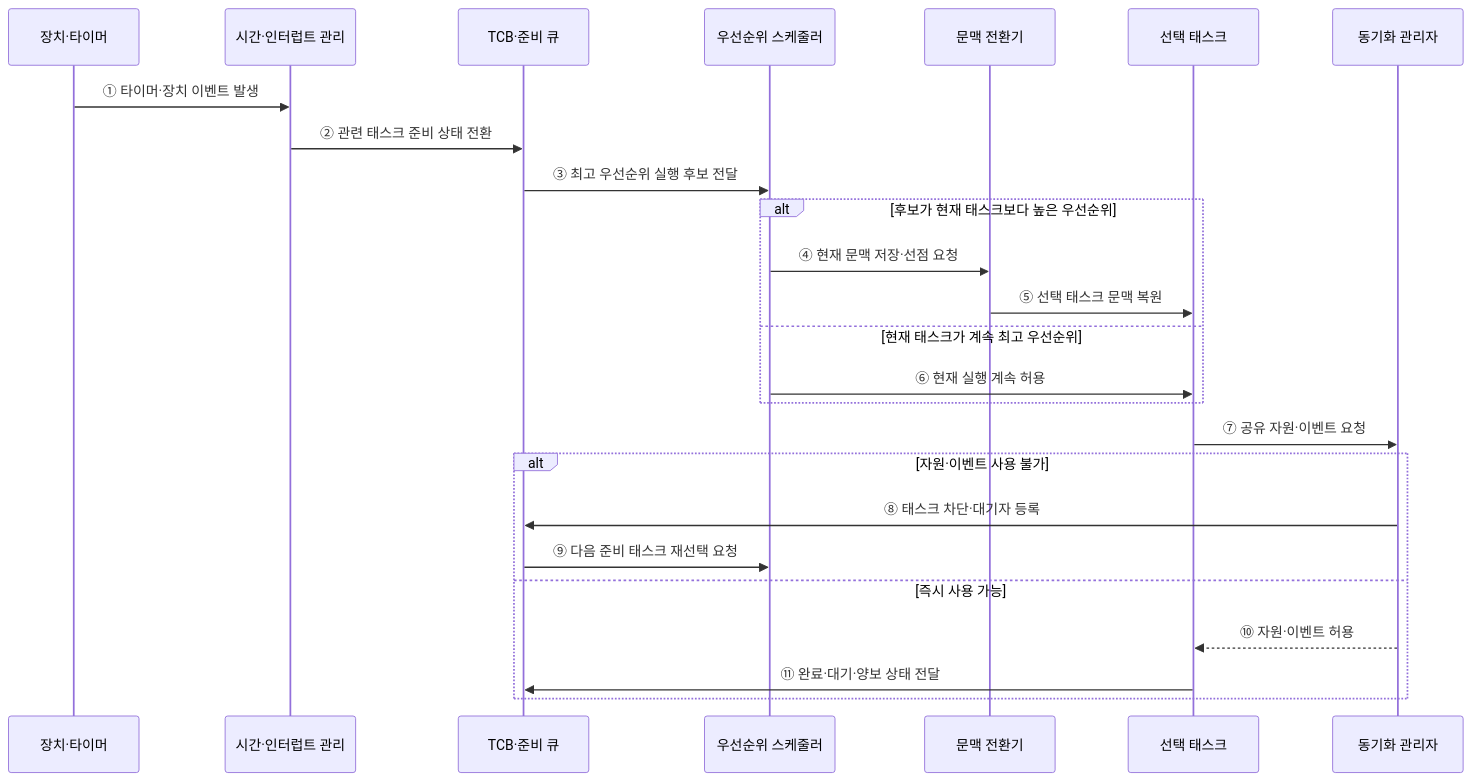
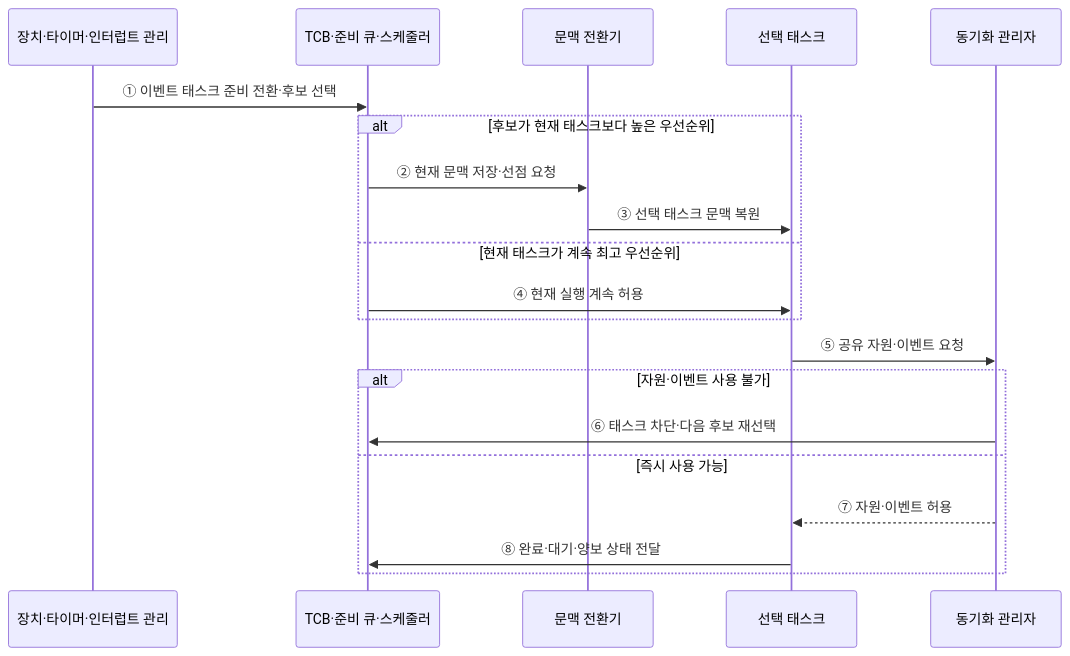
The second of 2 diagrams in src/content/docs/notes/02-hardware/061_real_time_operating_system.md (agnusdei1207/knowledge-base), drawn with Mermaid before and after one commit. The commit also changed other lines of this file and 20 other files, not shown here.

````diff
--- a/src/content/docs/notes/02-hardware/061_real_time_operating_system.md
+++ b/src/content/docs/notes/02-hardware/061_real_time_operating_system.md
@@ -99,28 +90,23 @@
 ```mermaid
 sequenceDiagram
-    participant X as 장치·타이머
-    participant I as 시간·인터럽트 관리
-    participant Q as TCB·준비 큐
-    participant S as 우선순위 스케줄러
+    participant X as 장치·타이머·인터럽트 관리
+    participant Q as TCB·준비 큐·스케줄러
     participant C as 문맥 전환기
     participant T as 선택 태스크
     participant M as 동기화 관리자
 
-    X->>I: ① 타이머·장치 이벤트 발생
-    I->>Q: ② 관련 태스크 준비 상태 전환
-    Q->>S: ③ 최고 우선순위 실행 후보 전달
+    X->>Q: ① 이벤트 태스크 준비 전환·후보 선택
     alt 후보가 현재 태스크보다 높은 우선순위
-        S->>C: ④ 현재 문맥 저장·선점 요청
-        C->>T: ⑤ 선택 태스크 문맥 복원
+        Q->>C: ② 현재 문맥 저장·선점 요청
+        C->>T: ③ 선택 태스크 문맥 복원
     else 현재 태스크가 계속 최고 우선순위
-        S->>T: ⑥ 현재 실행 계속 허용
+        Q->>T: ④ 현재 실행 계속 허용
     end
-    T->>M: ⑦ 공유 자원·이벤트 요청
+    T->>M: ⑤ 공유 자원·이벤트 요청
     alt 자원·이벤트 사용 불가
-        M->>Q: ⑧ 태스크 차단·대기자 등록
-        Q->>S: ⑨ 다음 준비 태스크 재선택 요청
+        M->>Q: ⑥ 태스크 차단·다음 후보 재선택
     else 즉시 사용 가능
-        M-->>T: ⑩ 자원·이벤트 허용
-        T->>Q: ⑪ 완료·대기·양보 상태 전달
+        M-->>T: ⑦ 자원·이벤트 허용
+        T->>Q: ⑧ 완료·대기·양보 상태 전달
     end
 ```
````
